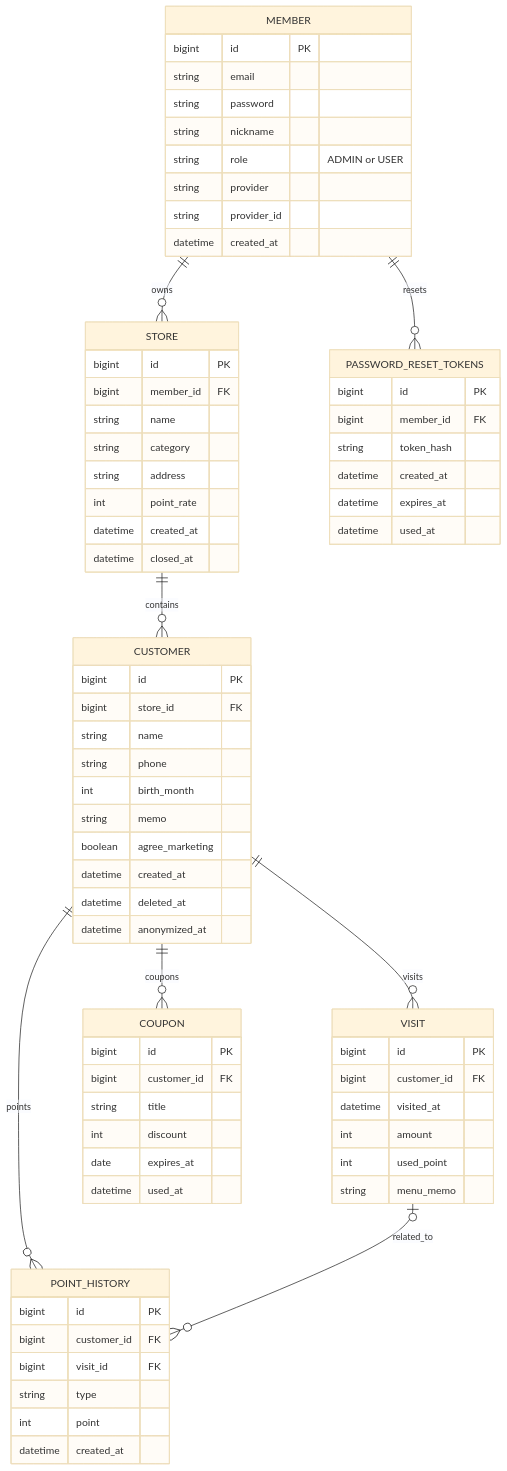
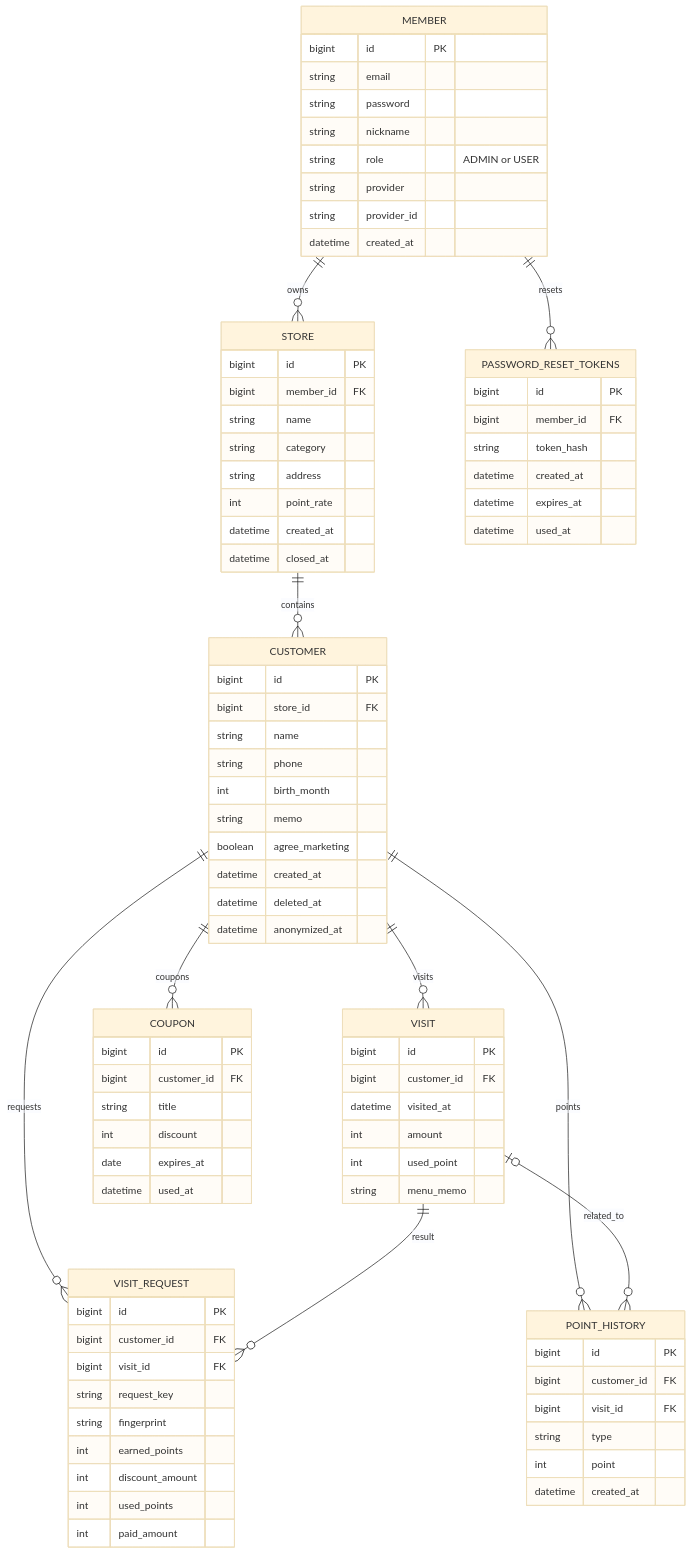
The diagram in docs/architecture/04_SaaS_ERD.md (sm-k-dev/team1crm), drawn with Mermaid (base theme) before and after one commit. The commit also changed other lines of this file and 20 other files, not shown here.

````diff
--- a/docs/architecture/04_SaaS_ERD.md
+++ b/docs/architecture/04_SaaS_ERD.md
@@ -5,17 +5,20 @@
 ```mermaid
 erDiagram
  MEMBER ||--o{ STORE : owns
  MEMBER ||--o{ PASSWORD_RESET_TOKENS : resets
  STORE ||--o{ CUSTOMER : contains
  CUSTOMER ||--o{ VISIT : visits
+ CUSTOMER ||--o{ VISIT_REQUEST : requests
+ VISIT ||--o{ VISIT_REQUEST : result
  CUSTOMER ||--o{ POINT_HISTORY : points
  CUSTOMER ||--o{ COUPON : coupons
  VISIT o|--o{ POINT_HISTORY : related_to
  MEMBER { bigint id PK string email string password string nickname string role "ADMIN or USER" string provider string provider_id datetime created_at }
  STORE { bigint id PK bigint member_id FK string name string category string address int point_rate datetime created_at datetime closed_at }
  CUSTOMER { bigint id PK bigint store_id FK string name string phone int birth_month string memo boolean agree_marketing datetime created_at datetime deleted_at datetime anonymized_at }
  VISIT { bigint id PK bigint customer_id FK datetime visited_at int amount int used_point string menu_memo }
+ VISIT_REQUEST { bigint id PK bigint customer_id FK bigint visit_id FK string request_key string fingerprint int earned_points int discount_amount int used_points int paid_amount }
  POINT_HISTORY { bigint id PK bigint customer_id FK bigint visit_id FK string type int point datetime created_at }
  COUPON { bigint id PK bigint customer_id FK string title int discount date expires_at datetime used_at }
  PASSWORD_RESET_TOKENS { bigint id PK bigint member_id FK string token_hash datetime created_at datetime expires_at datetime used_at }
 ```
````
